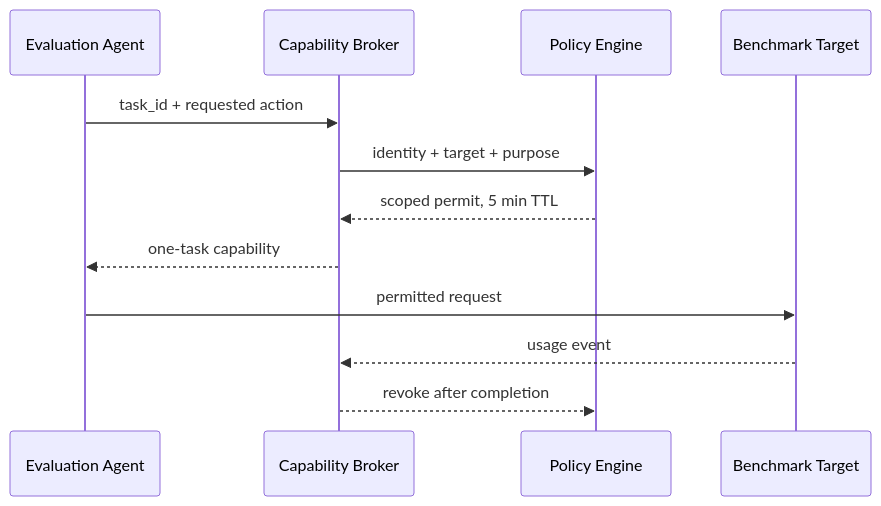
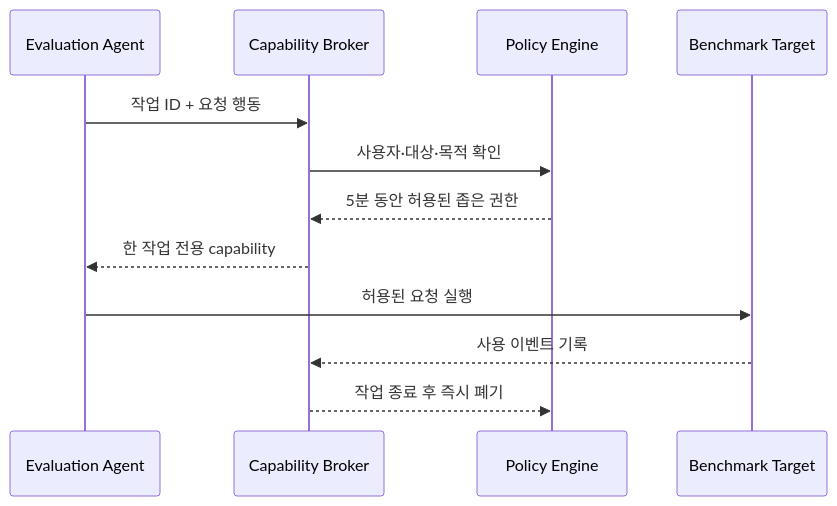
The third of 3 diagrams in _posts/2026-08-01-agentic-ai-infrastructure-incident-lessons.md (AICRA-PAGE/AICRA-PAGE.github.io), drawn with Mermaid before and after one commit. The commit also changed other lines of this file, not shown here.

````diff
--- a/_posts/2026-08-01-agentic-ai-infrastructure-incident-lessons.md
+++ b/_posts/2026-08-01-agentic-ai-infrastructure-incident-lessons.md
@@ -144,15 +294,15 @@
 ```mermaid
 sequenceDiagram
     participant A as Evaluation Agent
     participant B as Capability Broker
     participant P as Policy Engine
     participant T as Benchmark Target
 
-    A->>B: task_id + requested action
-    B->>P: identity + target + purpose
-    P-->>B: scoped permit, 5 min TTL
-    B-->>A: one-task capability
-    A->>T: permitted request
-    T-->>B: usage event
-    B-->>P: revoke after completion
+    A->>B: 작업 ID + 요청 행동
+    B->>P: 사용자·대상·목적 확인
+    P-->>B: 5분 동안 허용된 좁은 권한
+    B-->>A: 한 작업 전용 capability
+    A->>T: 허용된 요청 실행
+    T-->>B: 사용 이벤트 기록
+    B-->>P: 작업 종료 후 즉시 폐기
 ```
````
